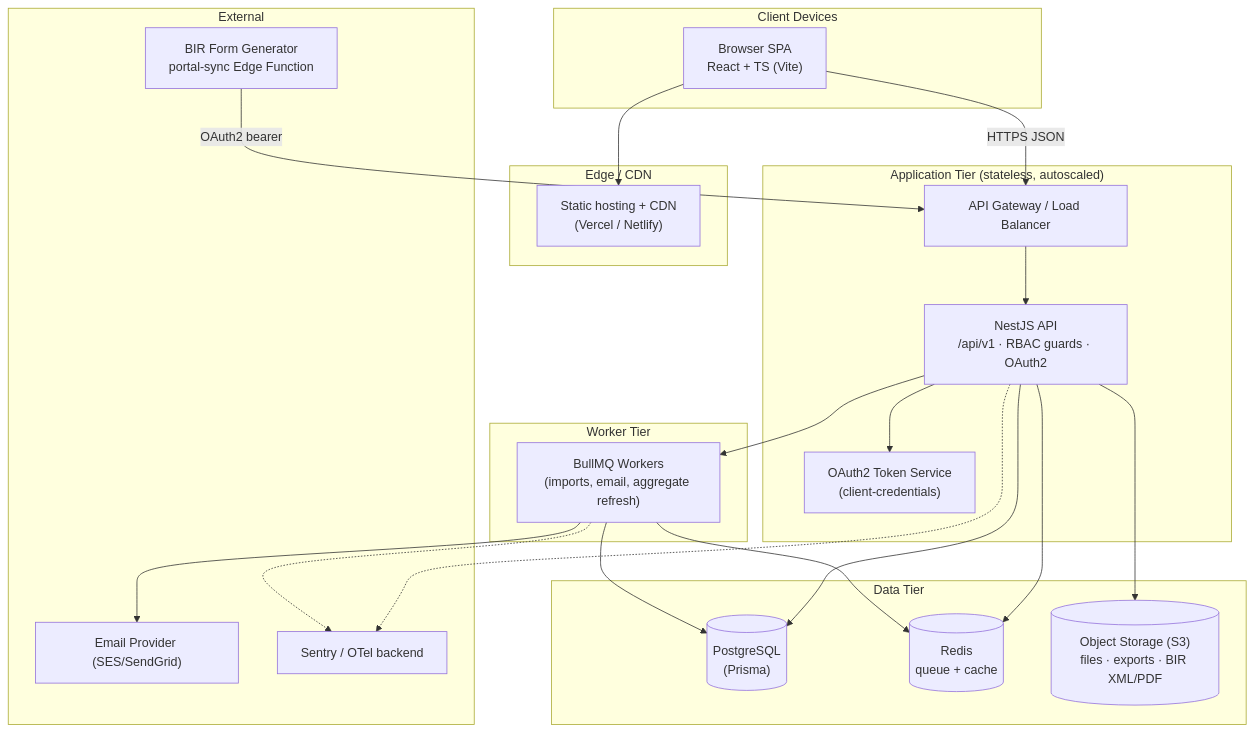
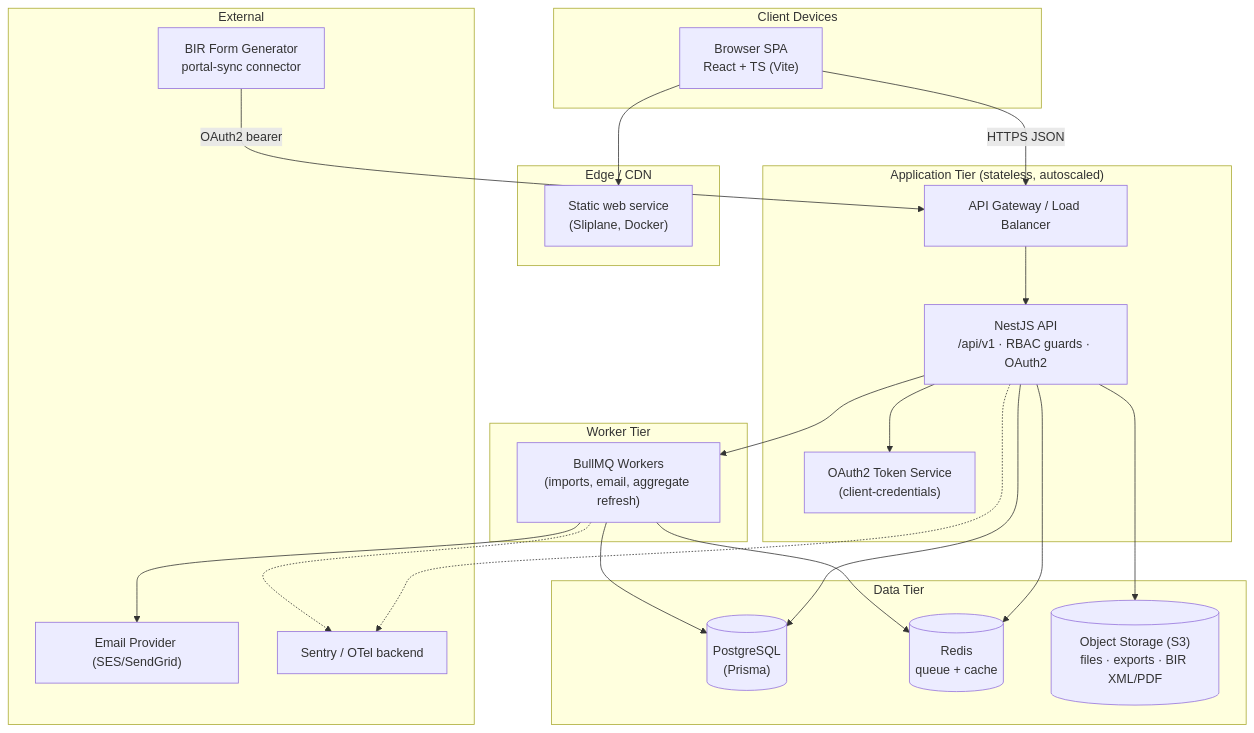
Before and after one commit to markchrc2025/Accounting-Firm-Portal: the second of 14 diagrams in docs/system-design.md, drawn with Mermaid. The commit also changed other lines of this file and 1 other file, not shown here.

````diff
--- a/docs/system-design.md
+++ b/docs/system-design.md
@@ -390,47 +392,47 @@
 ```mermaid
 flowchart TB
     subgraph Client["Client Devices"]
         BROWSER["Browser SPA<br/>React + TS (Vite)"]
     end
 
     subgraph Edge["Edge / CDN"]
-        CDN["Static hosting + CDN<br/>(Vercel / Netlify)"]
+        CDN["Static web service<br/>(Sliplane, Docker)"]
     end
 
     subgraph AppTier["Application Tier (stateless, autoscaled)"]
         APIGW["API Gateway / Load Balancer"]
         NEST["NestJS API<br/>/api/v1 · RBAC guards · OAuth2"]
         OAUTHSVC["OAuth2 Token Service<br/>(client-credentials)"]
     end
 
     subgraph WorkerTier["Worker Tier"]
         BULL["BullMQ Workers<br/>(imports, email, aggregate refresh)"]
     end
 
     subgraph DataTier["Data Tier"]
         PG[("PostgreSQL<br/>(Prisma)")]
         RD[("Redis<br/>queue + cache")]
         S3[("Object Storage (S3)<br/>files · exports · BIR XML/PDF")]
     end
 
     subgraph Ext["External"]
         MAILP["Email Provider (SES/SendGrid)"]
-        BIRG["BIR Form Generator<br/>portal-sync Edge Function"]
+        BIRG["BIR Form Generator<br/>portal-sync connector"]
         OTEL["Sentry / OTel backend"]
     end
 
     BROWSER --> CDN
     BROWSER -->|HTTPS JSON| APIGW
     APIGW --> NEST
     NEST --> OAUTHSVC
     NEST --> PG
     NEST --> RD
     NEST --> S3
     NEST --> BULL
     BULL --> PG
     BULL --> RD
     BULL --> MAILP
     BIRG -->|OAuth2 bearer| APIGW
     NEST -.-> OTEL
     BULL -.-> OTEL
 ```
````
